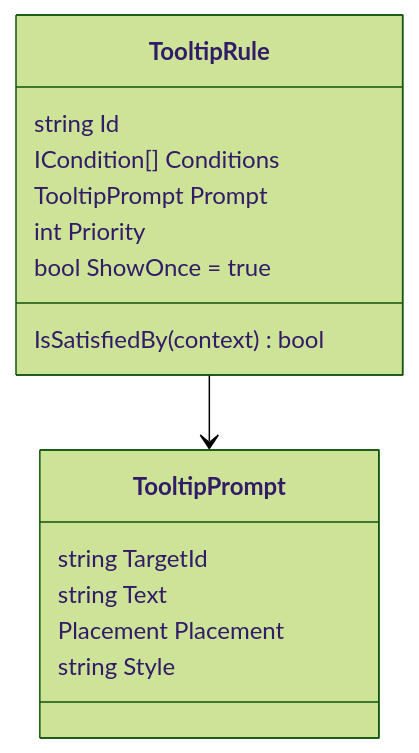
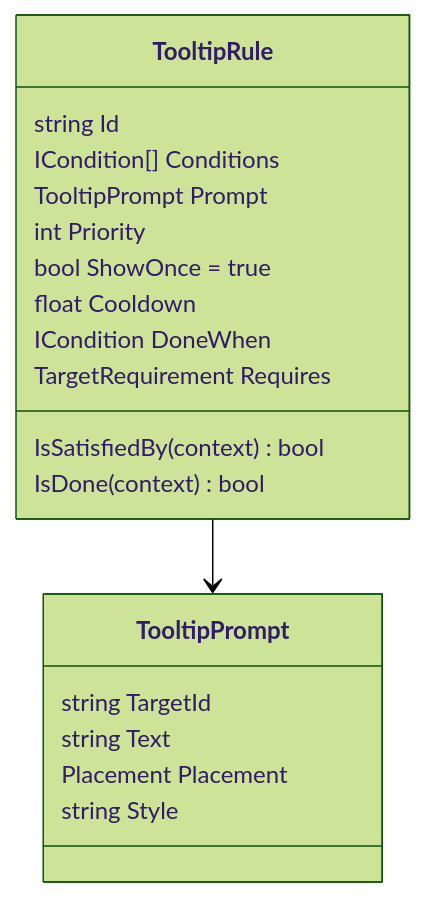
One commit to MidasCE/unity-smart-tooltip changed the second of 8 diagrams in Docs/How It Works.md. Above: the diagram before and after it, drawn with Mermaid (forest theme). The commit also changed other lines of this file and 34 other files, not shown here.

````diff
--- a/Docs/How It Works.md
+++ b/Docs/How It Works.md
@@ -97,18 +101,22 @@
 ```mermaid
 classDiagram
     class TooltipRule {
         string Id
         ICondition[] Conditions
         TooltipPrompt Prompt
         int Priority
         bool ShowOnce = true
+        float Cooldown
+        ICondition DoneWhen
+        TargetRequirement Requires
         IsSatisfiedBy(context) bool
+        IsDone(context) bool
     }
     class TooltipPrompt {
         string TargetId
         string Text
         Placement Placement
         string Style
     }
     TooltipRule --> TooltipPrompt
 ```
````
